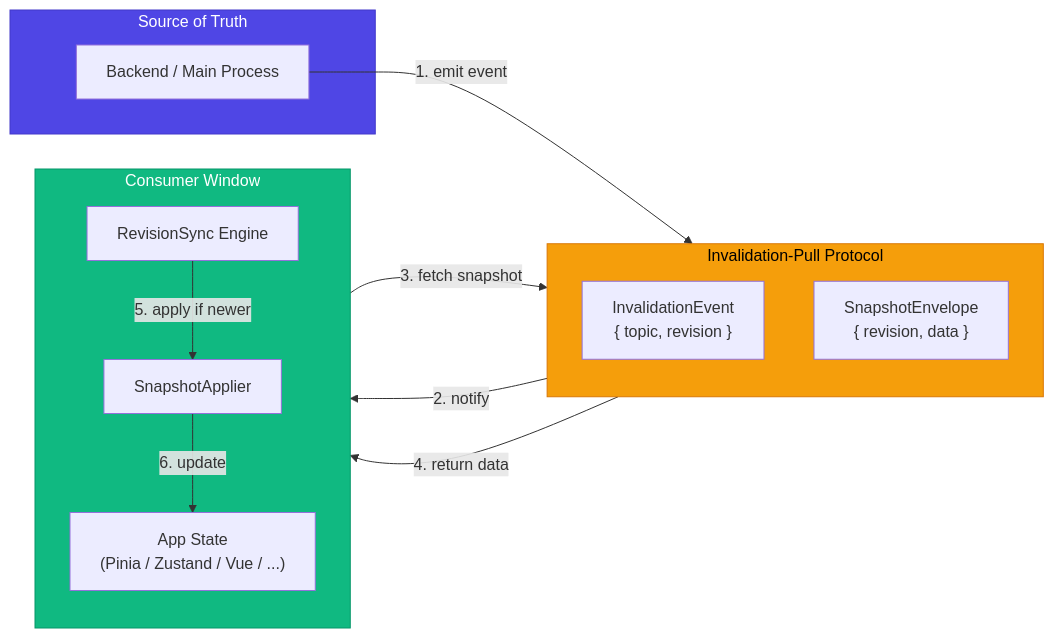
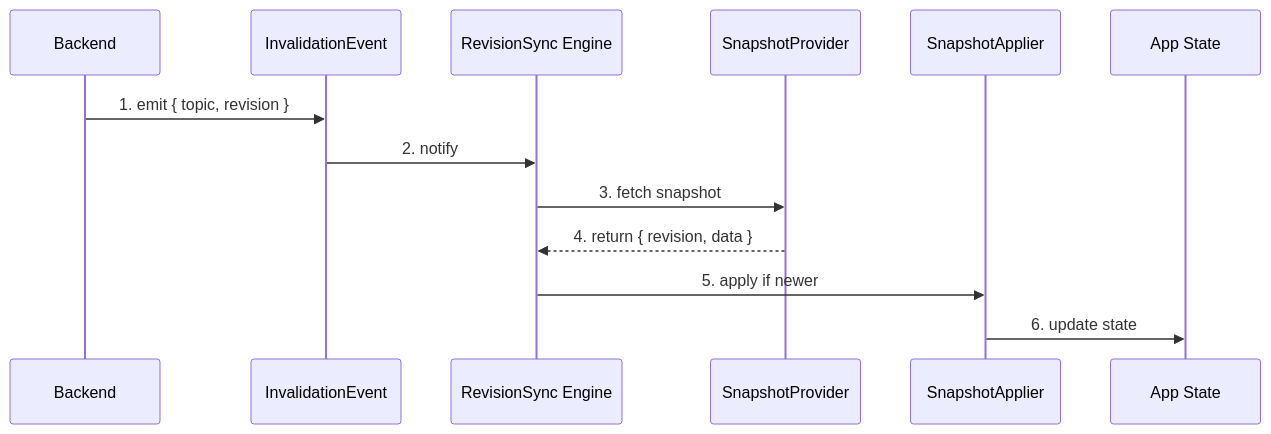
One commit to 777genius/state-sync changed the first of 8 diagrams in docs/architecture.md. Above: the diagram before and after it, drawn with Mermaid. The commit also changed other lines of this file and 26 other files, not shown here.

````diff
--- a/docs/architecture.md
+++ b/docs/architecture.md
@@ -9,30 +9,16 @@
 ```mermaid
-flowchart LR
-  subgraph Source["Source of Truth"]
-    B["Backend / Main Process"]
-  end
+sequenceDiagram
+    participant B as Backend
+    participant E as InvalidationEvent
+    participant RS as RevisionSync Engine
+    participant S as SnapshotProvider
+    participant SA as SnapshotApplier
+    participant Store as App State
 
-  subgraph Protocol["Invalidation-Pull Protocol"]
-    direction TB
-    E["InvalidationEvent\n{ topic, revision }"]
-    S["SnapshotEnvelope\n{ revision, data }"]
-  end
-
-  subgraph Consumer["Consumer Window"]
-    direction TB
-    RS[RevisionSync Engine]
-    SA[SnapshotApplier]
-    Store["App State\n(Pinia / Zustand / Vue / ...)"]
-  end
-
-  B -- "1. emit event" --> E
-  E -- "2. notify" --> RS
-  RS -- "3. fetch snapshot" --> S
-  S -- "4. return data" --> RS
-  RS -- "5. apply if newer" --> SA
-  SA -- "6. update" --> Store
-
-  style Source fill:#4f46e5,color:#fff,stroke:#4338ca
-  style Protocol fill:#f59e0b,color:#000,stroke:#d97706
-  style Consumer fill:#10b981,color:#fff,stroke:#059669
+    B->>E: 1. emit { topic, revision }
+    E->>RS: 2. notify
+    RS->>S: 3. fetch snapshot
+    S-->>RS: 4. return { revision, data }
+    RS->>SA: 5. apply if newer
+    SA->>Store: 6. update state
 ```
````
